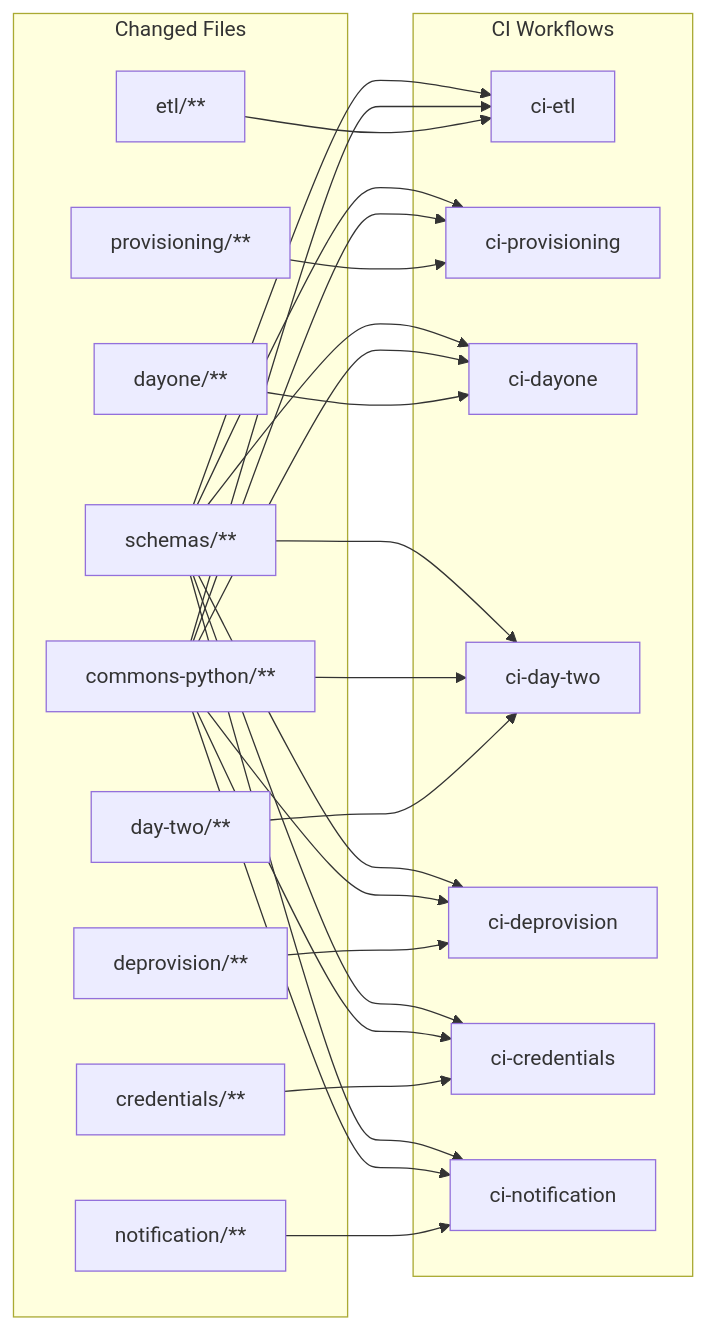
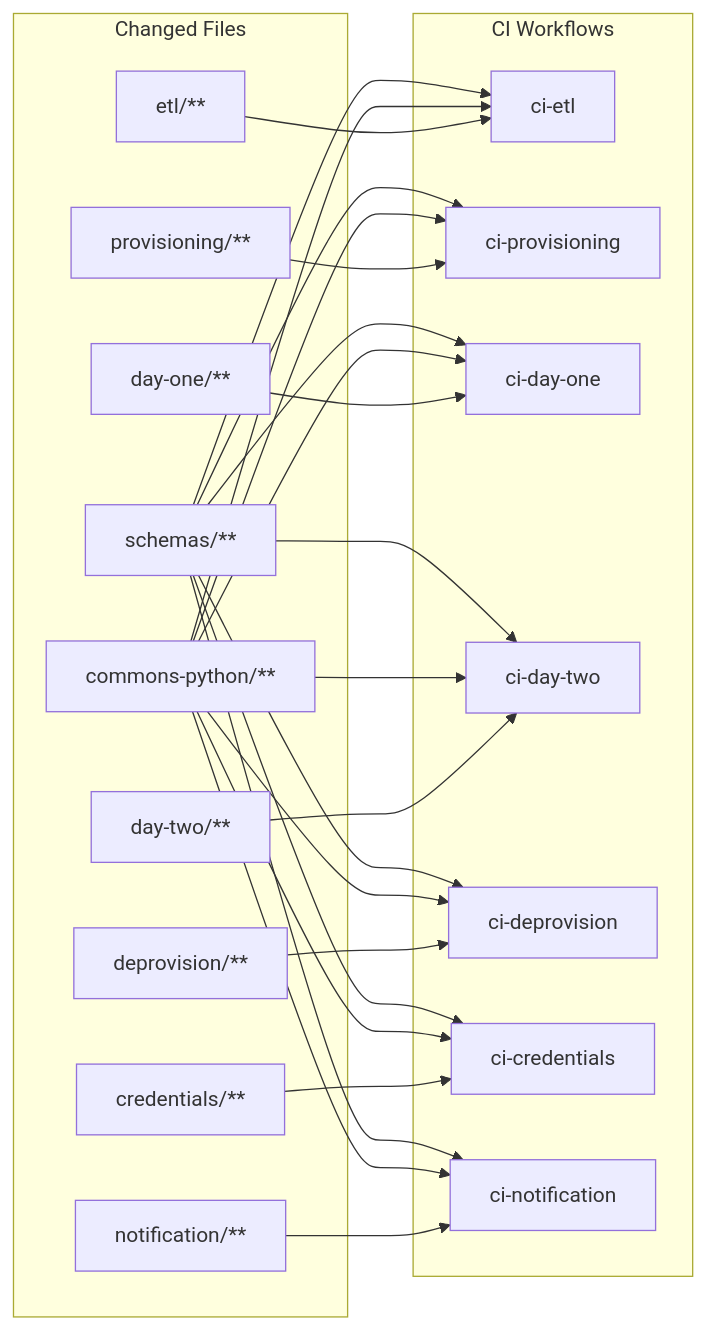
Before and after one commit to redhat-openshift-partner-labs/workers: the second of 3 diagrams in README.md, drawn with Mermaid. The commit also changed other lines of this file, not shown here.

First line of the commit message:
docs: update README with scribe-centric message flow

````diff
--- a/README.md
+++ b/README.md
@@ -260,35 +263,35 @@
 ```mermaid
 flowchart LR
     subgraph Changed Files
         S["schemas/**"]
         C["commons-python/**"]
         W_ETL["etl/**"]
         W_PROV["provisioning/**"]
-        W_D1["dayone/**"]
+        W_D1["day-one/**"]
         W_D2["day-two/**"]
         W_DEPROV["deprovision/**"]
         W_CRED["credentials/**"]
         W_NOTIF["notification/**"]
     end
 
     subgraph CI Workflows
         CI_ETL[ci-etl]
         CI_PROV[ci-provisioning]
-        CI_D1[ci-dayone]
+        CI_D1[ci-day-one]
         CI_D2[ci-day-two]
         CI_DEPROV[ci-deprovision]
         CI_CRED[ci-credentials]
         CI_NOTIF[ci-notification]
     end
 
     S --> CI_ETL & CI_PROV & CI_D1 & CI_D2 & CI_DEPROV & CI_CRED & CI_NOTIF
     C --> CI_ETL & CI_PROV & CI_D1 & CI_D2 & CI_DEPROV & CI_CRED & CI_NOTIF
 
     W_ETL --> CI_ETL
     W_PROV --> CI_PROV
     W_D1 --> CI_D1
     W_D2 --> CI_D2
     W_DEPROV --> CI_DEPROV
     W_CRED --> CI_CRED
     W_NOTIF --> CI_NOTIF
 ```
````
